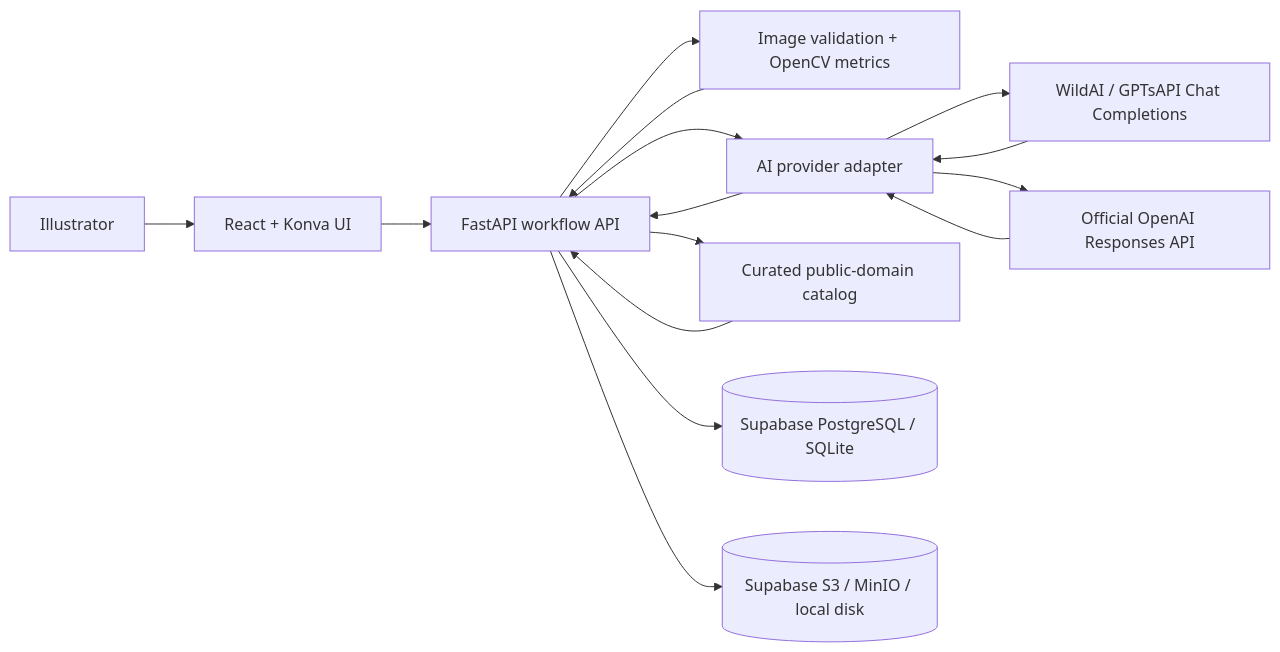
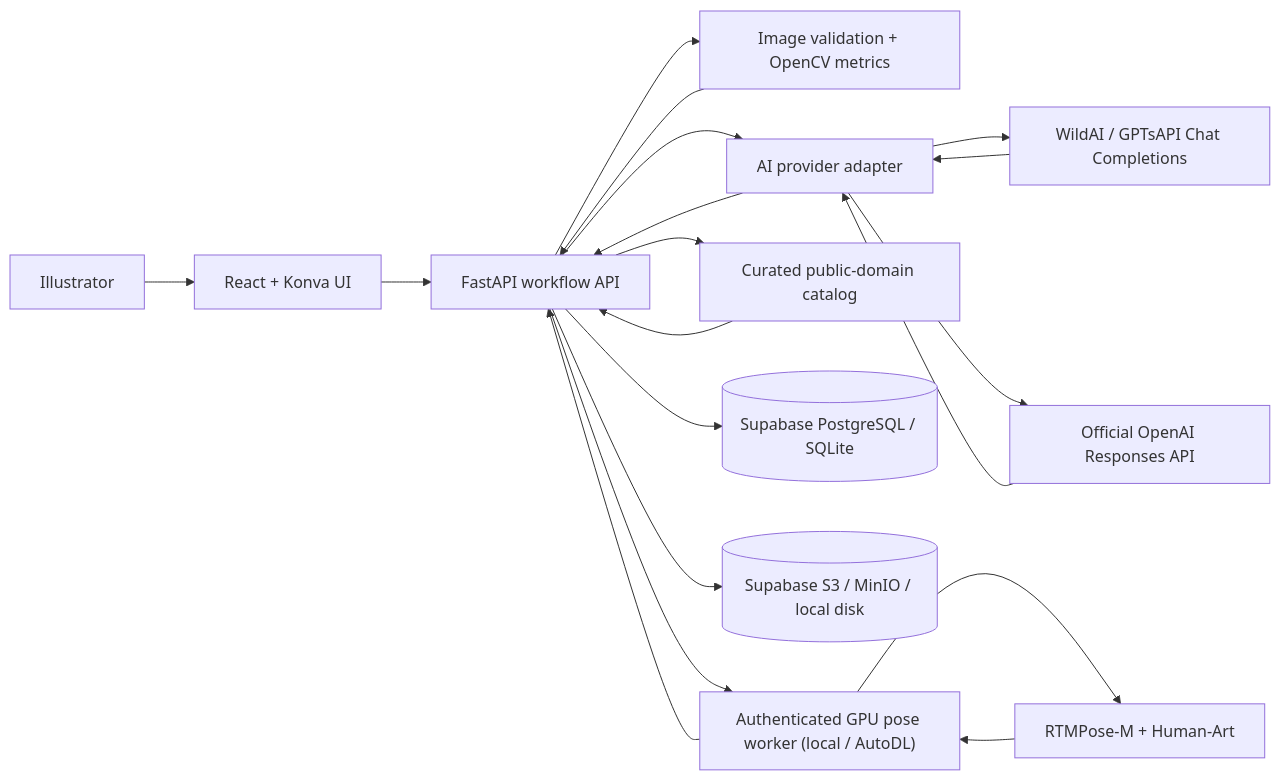
Before and after one commit to idnt1234/ArtMentor: the diagram in docs/ARCHITECTURE.md, drawn with Mermaid. The commit also changed other lines of this file and 43 other files, not shown here.

````diff
--- a/docs/ARCHITECTURE.md
+++ b/docs/ARCHITECTURE.md
@@ -5,17 +5,21 @@
 ```mermaid
 flowchart LR
     U["Illustrator"] --> F["React + Konva UI"]
     F --> A["FastAPI workflow API"]
     A --> I["Image validation + OpenCV metrics"]
     A --> P["AI provider adapter"]
     P --> G["WildAI / GPTsAPI Chat Completions"]
     P --> O["Official OpenAI Responses API"]
     A --> R["Curated public-domain catalog"]
     A --> D[("Supabase PostgreSQL / SQLite")]
     A --> S[("Supabase S3 / MinIO / local disk")]
+    A --> W["Authenticated GPU pose worker (local / AutoDL)"]
+    W --> M["RTMPose-M + Human-Art"]
     G --> P
     O --> P
     P --> A
     I --> A
     R --> A
+    M --> W
+    W --> A
 ```
````
